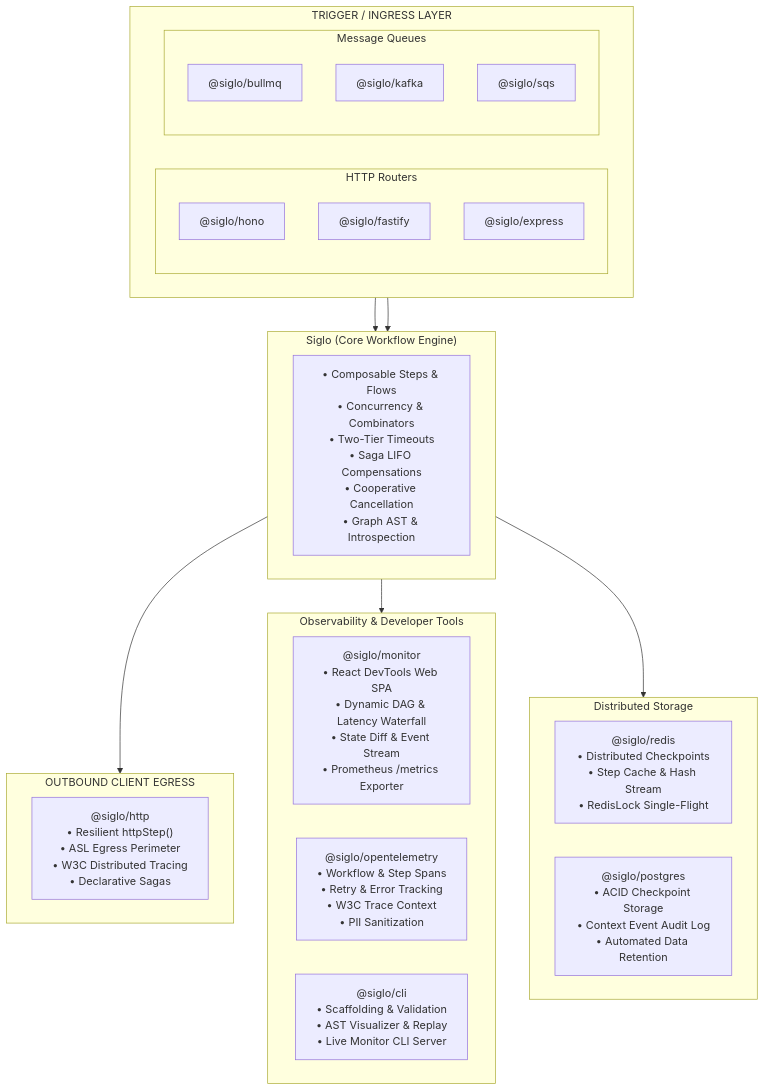
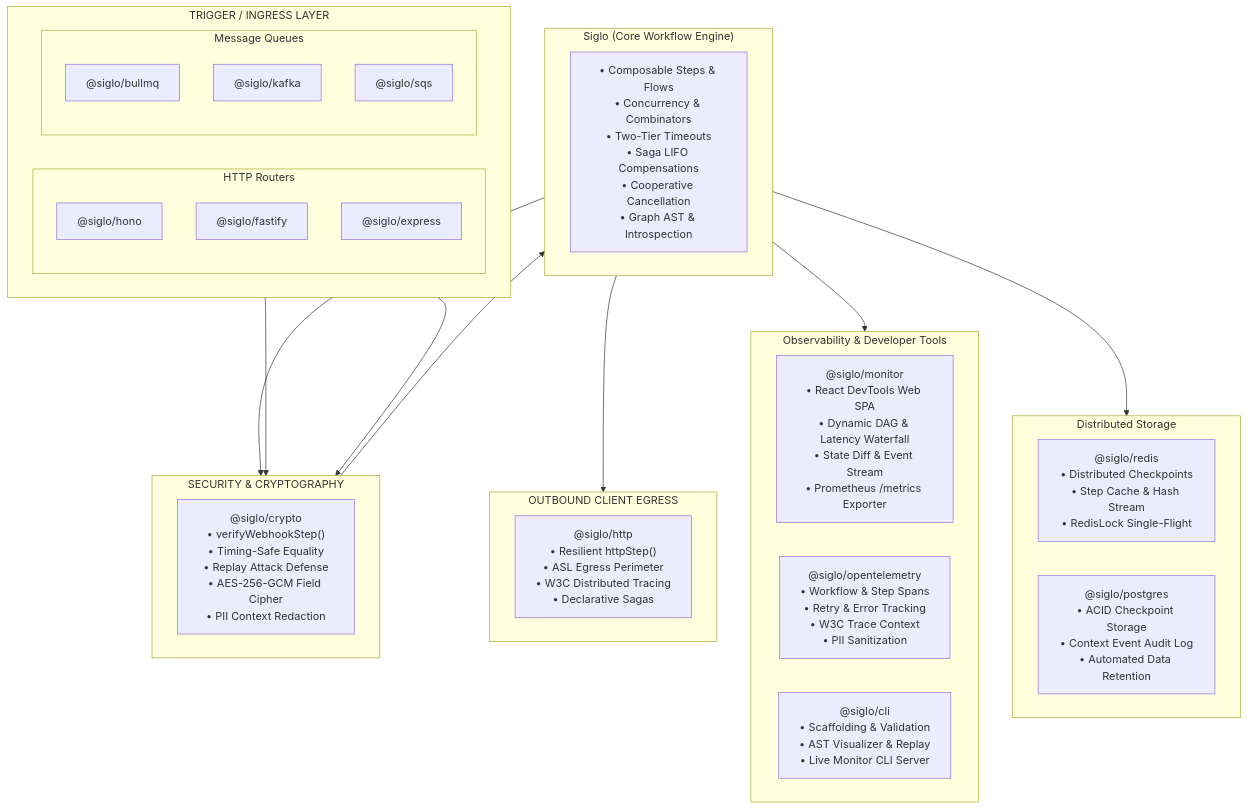
Before and after one commit to jsoftgem/siglo: the diagram in docs/ecosystem-adapters.md, drawn with Mermaid. The commit also changed other lines of this file and 41 other files, not shown here.

First line of the commit message:
feat(crypto): implement enterprise crypto package with replay defense and key rotation

````diff
--- a/docs/ecosystem-adapters.md
+++ b/docs/ecosystem-adapters.md
@@ -32,41 +33,47 @@
 ```mermaid
 flowchart TD
     subgraph INGRESS["TRIGGER / INGRESS LAYER"]
         direction LR
         subgraph HTTP["HTTP Routers"]
             Hono["@siglo/hono"]
             Fastify["@siglo/fastify"]
             Express["@siglo/express"]
         end
         subgraph QUEUES["Message Queues"]
             BullMQ["@siglo/bullmq"]
             Kafka["@siglo/kafka"]
             SQS["@siglo/sqs"]
         end
+    end
+
+    subgraph SECURITY["SECURITY & CRYPTOGRAPHY"]
+        Crypto["@siglo/crypto<br/>• verifyWebhookStep()<br/>• Timing-Safe Equality<br/>• Replay Attack Defense<br/>• AES-256-GCM Field Cipher<br/>• PII Context Redaction"]
     end
 
     subgraph ENGINE["Siglo (Core Workflow Engine)"]
         Core["• Composable Steps & Flows<br/>• Concurrency & Combinators<br/>• Two-Tier Timeouts<br/>• Saga LIFO Compensations<br/>• Cooperative Cancellation<br/>• Graph AST & Introspection"]
     end
 
     subgraph EGRESS["OUTBOUND CLIENT EGRESS"]
         HttpClient["@siglo/http<br/>• Resilient httpStep()<br/>• ASL Egress Perimeter<br/>• W3C Distributed Tracing<br/>• Declarative Sagas"]
     end
 
     subgraph OBS["Observability & Developer Tools"]
         Monitor["@siglo/monitor<br/>• React DevTools Web SPA<br/>• Dynamic DAG & Latency Waterfall<br/>• State Diff & Event Stream<br/>• Prometheus /metrics Exporter"]
         OTel["@siglo/opentelemetry<br/>• Workflow & Step Spans<br/>• Retry & Error Tracking<br/>• W3C Trace Context<br/>• PII Sanitization"]
         CLI["@siglo/cli<br/>• Scaffolding & Validation<br/>• AST Visualizer & Replay<br/>• Live Monitor CLI Server"]
     end
 
     subgraph STORAGE["Distributed Storage"]
         Redis["@siglo/redis<br/>• Distributed Checkpoints<br/>• Step Cache & Hash Stream<br/>• RedisLock Single-Flight"]
         Postgres["@siglo/postgres<br/>• ACID Checkpoint Storage<br/>• Context Event Audit Log<br/>• Automated Data Retention"]
     end
 
-    HTTP --> ENGINE
-    QUEUES --> ENGINE
+    HTTP --> SECURITY
+    QUEUES --> SECURITY
+    SECURITY --> ENGINE
+    ENGINE --> SECURITY
     ENGINE --> EGRESS
     ENGINE --> OBS
     ENGINE --> STORAGE
 ```
````
